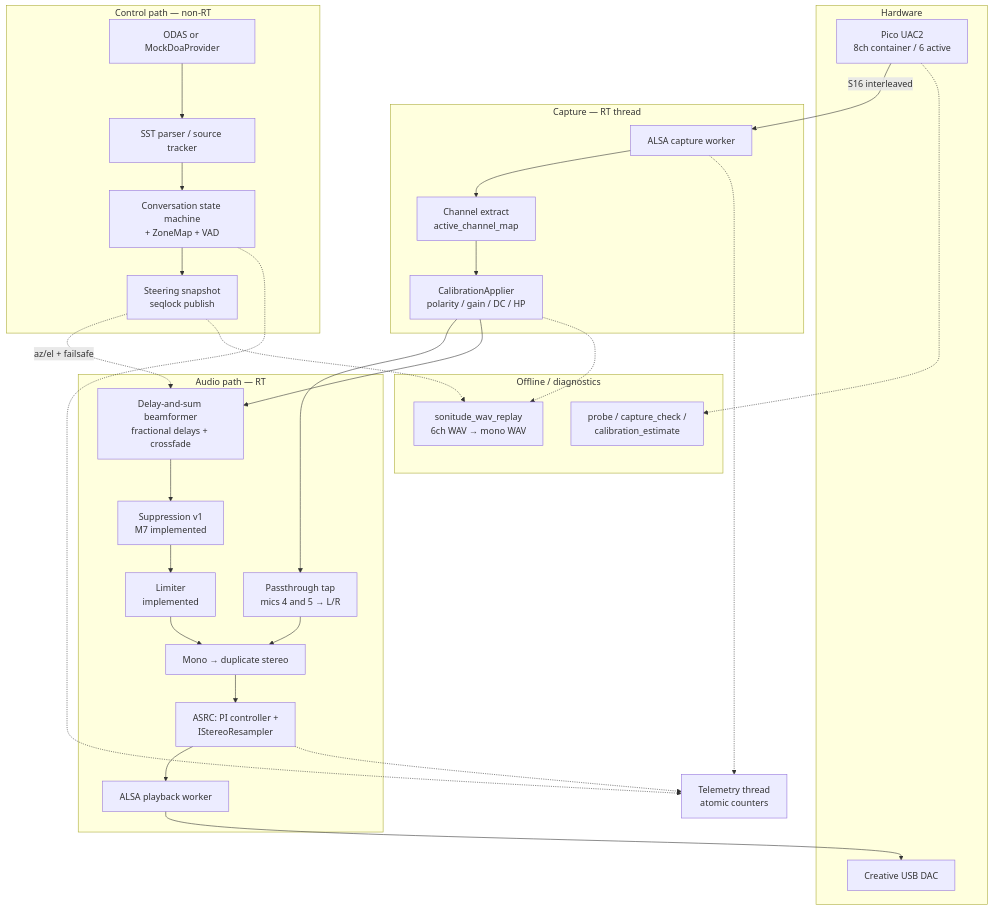
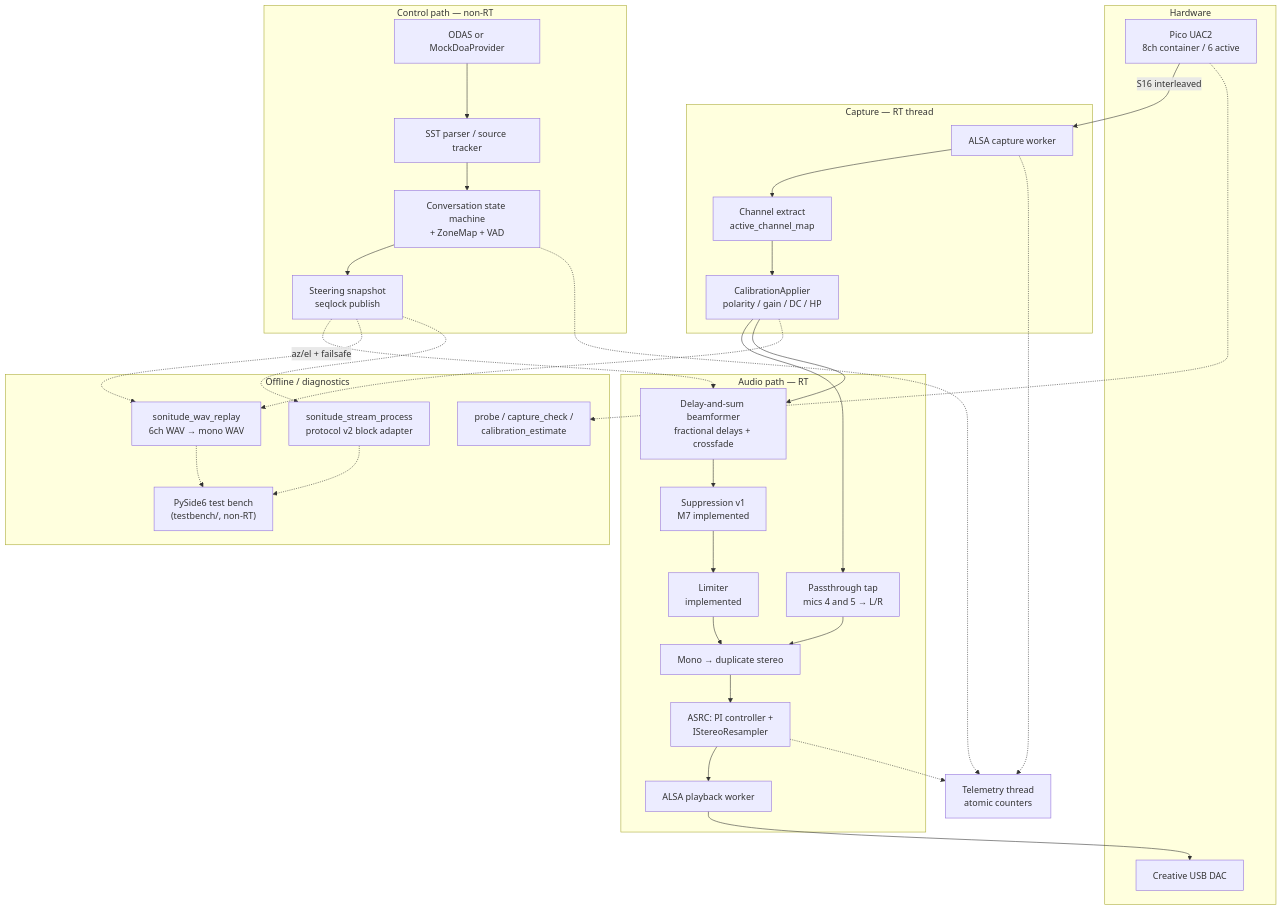
One commit to derraan/Sonitude changed the diagram in README.md. Above: the diagram before and after it, drawn with Mermaid. The commit also changed other lines of this file and 6 other files, not shown here.

First line of the commit message:
Document the test bench as a non-RT correctness tool, not WAV-only CI skips

````diff
--- a/README.md
+++ b/README.md
@@ -9,57 +9,62 @@
 ```mermaid
 flowchart TB
     subgraph hw [Hardware]
         Pico["Pico UAC2\n8ch container / 6 active"]
         DAC["Creative USB DAC"]
     end
 
     subgraph capture [Capture — RT thread]
         AlsaCap["ALSA capture worker"]
         Extract["Channel extract\nactive_channel_map"]
         Cal["CalibrationApplier\npolarity / gain / DC / HP"]
     end
 
     subgraph audio [Audio path — RT]
         Passthrough["Passthrough tap\nmics 4 and 5 → L/R"]
         BF["Delay-and-sum beamformer\nfractional delays + crossfade"]
         Suppress["Suppression v1\nM7 implemented"]
         Limiter["Limiter\nimplemented"]
         MonoStereo["Mono → duplicate stereo"]
         Asrc["ASRC: PI controller +\nIStereoResampler"]
         AlsaPb["ALSA playback worker"]
     end
 
     subgraph control [Control path — non-RT]
         Odas["ODAS or MockDoaProvider"]
         Parser["SST parser / source tracker"]
         SM["Conversation state machine\n+ ZoneMap + VAD"]
         Snap["Steering snapshot\nseqlock publish"]
     end
 
     subgraph offline [Offline / diagnostics]
         WavReplay["sonitude_wav_replay\n6ch WAV → mono WAV"]
+        StreamProc["sonitude_stream_process\nprotocol v2 block adapter"]
         Tools["probe / capture_check /\ncalibration_estimate"]
+        TestBench["PySide6 test bench\n(testbench/, non-RT)"]
     end
 
     Telem["Telemetry thread\natomic counters"]
 
     Pico -->|"S16 interleaved"| AlsaCap
     AlsaCap --> Extract --> Cal
     Cal --> Passthrough
     Cal --> BF
     Snap -.->|"az/el + failsafe"| BF
     BF --> Suppress --> Limiter --> MonoStereo
     Passthrough --> MonoStereo
     MonoStereo --> Asrc --> AlsaPb --> DAC
 
     Odas --> Parser --> SM --> Snap
 
     Cal -.-> WavReplay
     Snap -.-> WavReplay
+    Snap -.-> StreamProc
+    WavReplay -.-> TestBench
+    StreamProc -.-> TestBench
 
     AlsaCap -.-> Telem
     Asrc -.-> Telem
     SM -.-> Telem
 
     Pico -.-> Tools
 ```
````
